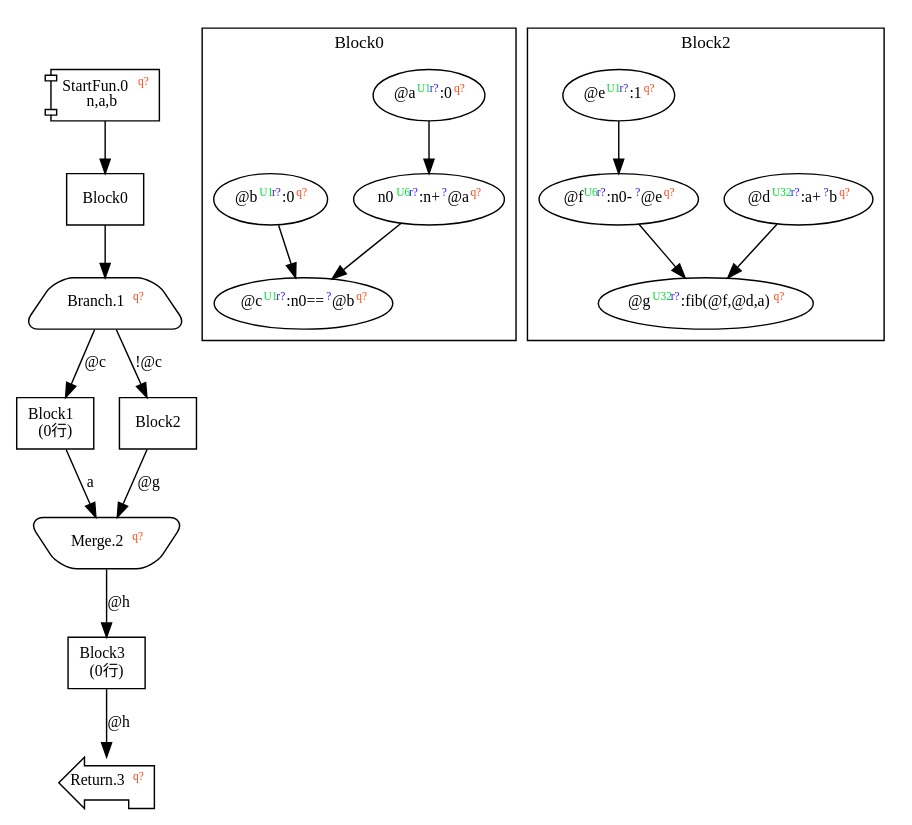
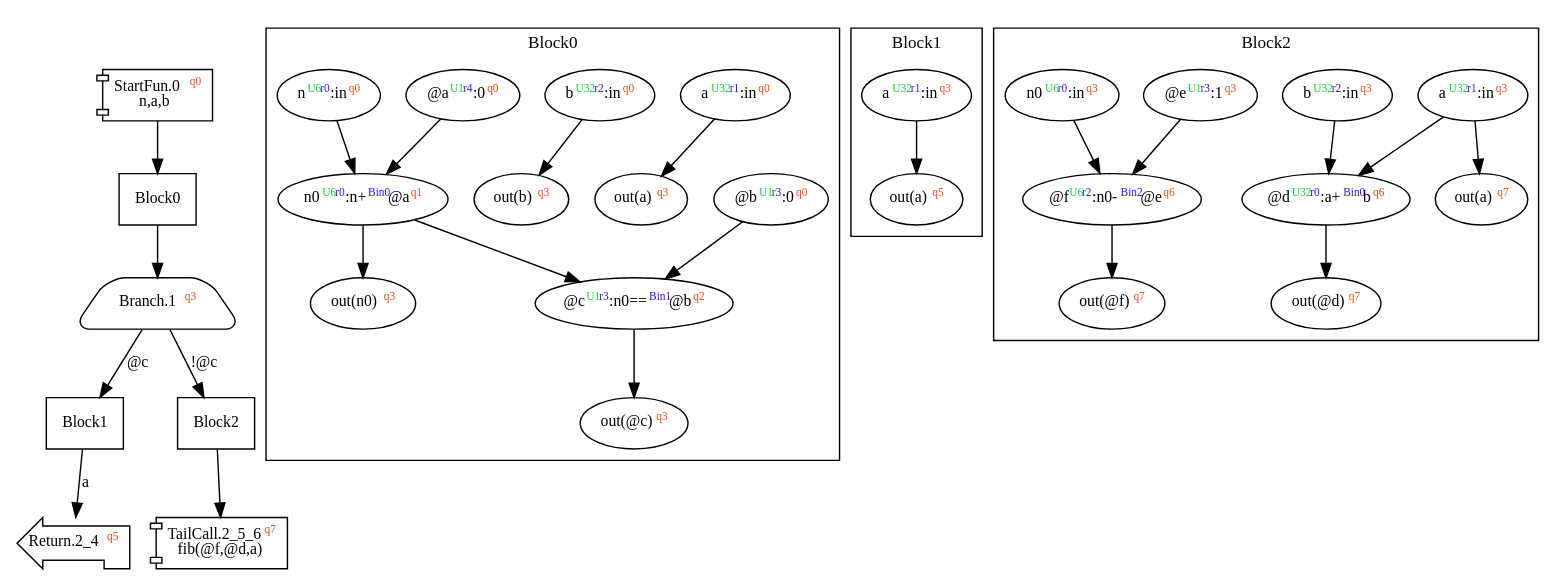
Before and after one commit to akouryy/SyntheScala: the diagram in dist/fib.dot, drawn with Graphviz. The commit also changed 25 other files, not shown here.

```diff
--- a/dist/fib.dot
+++ b/dist/fib.dot
@@ -1,35 +1,46 @@
 digraph Program_ {
 graph [fontname = "Monaco", fontsize = 12, ranksep = 0.5];
 node [shape = box, fontname = "Monaco", fontsize = 11; colorscheme = pastel19];
 edge [fontname = "Monaco", fontsize = 11; colorscheme = pastel19];
-Jump0[label = <StartFun.0<font color="#ff4411" point-size="8"><sup>q?</sup></font><br/>n,a,b>; shape = component];
+Jump0[label = <StartFun.0<font color="#ff4411" point-size="8"><sup>q0</sup></font><br/>n,a,b>; shape = component];
 Jump0 -> Block0;
 Jump1[
-  label = <Branch.1<font color="#ff4411" point-size="8"><sup>q?</sup></font>>;
+  label = <Branch.1<font color="#ff4411" point-size="8"><sup>q3</sup></font>>;
   shape = trapezium; style = rounded;
 ];
 Block0 -> Jump1;
 Jump1 -> Block1 [label="@c"];
 Jump1 -> Block2 [label="!@c"];
-Jump2[label = <Merge.2<font color="#ff4411" point-size="8"><sup>q?</sup></font>>; shape = invtrapezium; style = rounded];
-Block1 -> Jump2 [label="a"];Block2 -> Jump2 [label="@g"];
-Jump2 -> Block3 [label="@h"];
-Jump3[label = <Return.3<font color="#ff4411" point-size="8"><sup>q?</sup></font>>; shape = lpromoter];
-Block3 -> Jump3 [label="@h"];
+Jump2_4[label = <Return.2_4<font color="#ff4411" point-size="8"><sup>q5</sup></font>>; shape = lpromoter];
+Block1 -> Jump2_4 [label="a"];
+Jump2_5_6[label = <TailCall.2_5_6<font color="#ff4411" point-size="8"><sup>q7</sup></font><br/>fib(@f,@d,a)>; shape = component];
+Block2 -> Jump2_5_6;
 Block0 [label = "Block0"];
-Block1 [label = "Block1\l(0行)"]
+Block1 [label = "Block1"];
 Block2 [label = "Block2"];
-Block3 [label = "Block3\l(0行)"]
 subgraph cluster_dfg_Block0{
 node [shape = oval];
 label = "Block0";
-ndBlock0_0 [label=<@a<font color="#00dd33" point-size="8"><sup>U1</sup></font><font color="#3311ff" point-size="8"><sup>r?</sup></font>:0<font color="#ff4411" point-size="8"><sup>q?</sup></font>>];ndBlock0_1 [label=<n0<font color="#00dd33" point-size="8"><sup>U6</sup></font><font color="#3311ff" point-size="8"><sup>r?</sup></font>:n+<font color="#3311ff" point-size="8"><sup>?</sup></font>@a<font color="#ff4411" point-size="8"><sup>q?</sup></font>>];ndBlock0_2 [label=<@b<font color="#00dd33" point-size="8"><sup>U1</sup></font><font color="#3311ff" point-size="8"><sup>r?</sup></font>:0<font color="#ff4411" point-size="8"><sup>q?</sup></font>>];ndBlock0_3 [label=<@c<font color="#00dd33" point-size="8"><sup>U1</sup></font><font color="#3311ff" point-size="8"><sup>r?</sup></font>:n0==<font color="#3311ff" point-size="8"><sup>?</sup></font>@b<font color="#ff4411" point-size="8"><sup>q?</sup></font>>];ndBlock0_0 -> ndBlock0_1;
-ndBlock0_1 -> ndBlock0_3;
-ndBlock0_2 -> ndBlock0_3;
+ndBlock0_0 [label=<@c<font color="#00dd33" point-size="8"><sup>U1</sup></font><font color="#3311ff" point-size="8"><sup>r3</sup></font>:n0==<font color="#3311ff" point-size="8"><sup>Bin1</sup></font>@b<font color="#ff4411" point-size="8"><sup>q2</sup></font>>];ndBlock0_1 [label=<out(b)<font color="#ff4411" point-size="8"><sup>q3</sup></font>>];ndBlock0_2 [label=<out(n0)<font color="#ff4411" point-size="8"><sup>q3</sup></font>>];ndBlock0_3 [label=<@b<font color="#00dd33" point-size="8"><sup>U1</sup></font><font color="#3311ff" point-size="8"><sup>r3</sup></font>:0<font color="#ff4411" point-size="8"><sup>q0</sup></font>>];ndBlock0_4 [label=<a<font color="#00dd33" point-size="8"><sup>U32</sup></font><font color="#3311ff" point-size="8"><sup>r1</sup></font>:in<font color="#ff4411" point-size="8"><sup>q0</sup></font>>];ndBlock0_5 [label=<b<font color="#00dd33" point-size="8"><sup>U32</sup></font><font color="#3311ff" point-size="8"><sup>r2</sup></font>:in<font color="#ff4411" point-size="8"><sup>q0</sup></font>>];ndBlock0_6 [label=<out(a)<font color="#ff4411" point-size="8"><sup>q3</sup></font>>];ndBlock0_7 [label=<@a<font color="#00dd33" point-size="8"><sup>U1</sup></font><font color="#3311ff" point-size="8"><sup>r4</sup></font>:0<font color="#ff4411" point-size="8"><sup>q0</sup></font>>];ndBlock0_8 [label=<n<font color="#00dd33" point-size="8"><sup>U6</sup></font><font color="#3311ff" point-size="8"><sup>r0</sup></font>:in<font color="#ff4411" point-size="8"><sup>q0</sup></font>>];ndBlock0_9 [label=<n0<font color="#00dd33" point-size="8"><sup>U6</sup></font><font color="#3311ff" point-size="8"><sup>r0</sup></font>:n+<font color="#3311ff" point-size="8"><sup>Bin0</sup></font>@a<font color="#ff4411" point-size="8"><sup>q1</sup></font>>];ndBlock0_10 [label=<out(@c)<font color="#ff4411" point-size="8"><sup>q3</sup></font>>];ndBlock0_4 -> ndBlock0_6;
+ndBlock0_3 -> ndBlock0_0;
+ndBlock0_9 -> ndBlock0_0;
+ndBlock0_0 -> ndBlock0_10;
+ndBlock0_7 -> ndBlock0_9;
+ndBlock0_8 -> ndBlock0_9;
+ndBlock0_5 -> ndBlock0_1;
+ndBlock0_9 -> ndBlock0_2;
+}subgraph cluster_dfg_Block1{
+node [shape = oval];
+label = "Block1";
+ndBlock1_0 [label=<a<font color="#00dd33" point-size="8"><sup>U32</sup></font><font color="#3311ff" point-size="8"><sup>r1</sup></font>:in<font color="#ff4411" point-size="8"><sup>q3</sup></font>>];ndBlock1_1 [label=<out(a)<font color="#ff4411" point-size="8"><sup>q5</sup></font>>];ndBlock1_0 -> ndBlock1_1;
 }subgraph cluster_dfg_Block2{
 node [shape = oval];
 label = "Block2";
-ndBlock2_0 [label=<@d<font color="#00dd33" point-size="8"><sup>U32</sup></font><font color="#3311ff" point-size="8"><sup>r?</sup></font>:a+<font color="#3311ff" point-size="8"><sup>?</sup></font>b<font color="#ff4411" point-size="8"><sup>q?</sup></font>>];ndBlock2_1 [label=<@e<font color="#00dd33" point-size="8"><sup>U1</sup></font><font color="#3311ff" point-size="8"><sup>r?</sup></font>:1<font color="#ff4411" point-size="8"><sup>q?</sup></font>>];ndBlock2_2 [label=<@f<font color="#00dd33" point-size="8"><sup>U6</sup></font><font color="#3311ff" point-size="8"><sup>r?</sup></font>:n0-<font color="#3311ff" point-size="8"><sup>?</sup></font>@e<font color="#ff4411" point-size="8"><sup>q?</sup></font>>];ndBlock2_3 [label=<@g<font color="#00dd33" point-size="8"><sup>U32</sup></font><font color="#3311ff" point-size="8"><sup>r?</sup></font>:fib(@f,@d,a)<font color="#ff4411" point-size="8"><sup>q?</sup></font>>];ndBlock2_1 -> ndBlock2_2;
+ndBlock2_0 [label=<@e<font color="#00dd33" point-size="8"><sup>U1</sup></font><font color="#3311ff" point-size="8"><sup>r3</sup></font>:1<font color="#ff4411" point-size="8"><sup>q3</sup></font>>];ndBlock2_1 [label=<@d<font color="#00dd33" point-size="8"><sup>U32</sup></font><font color="#3311ff" point-size="8"><sup>r0</sup></font>:a+<font color="#3311ff" point-size="8"><sup>Bin0</sup></font>b<font color="#ff4411" point-size="8"><sup>q6</sup></font>>];ndBlock2_2 [label=<out(@d)<font color="#ff4411" point-size="8"><sup>q7</sup></font>>];ndBlock2_3 [label=<@f<font color="#00dd33" point-size="8"><sup>U6</sup></font><font color="#3311ff" point-size="8"><sup>r2</sup></font>:n0-<font color="#3311ff" point-size="8"><sup>Bin2</sup></font>@e<font color="#ff4411" point-size="8"><sup>q6</sup></font>>];ndBlock2_4 [label=<a<font color="#00dd33" point-size="8"><sup>U32</sup></font><font color="#3311ff" point-size="8"><sup>r1</sup></font>:in<font color="#ff4411" point-size="8"><sup>q3</sup></font>>];ndBlock2_5 [label=<out(a)<font color="#ff4411" point-size="8"><sup>q7</sup></font>>];ndBlock2_6 [label=<out(@f)<font color="#ff4411" point-size="8"><sup>q7</sup></font>>];ndBlock2_7 [label=<b<font color="#00dd33" point-size="8"><sup>U32</sup></font><font color="#3311ff" point-size="8"><sup>r2</sup></font>:in<font color="#ff4411" point-size="8"><sup>q3</sup></font>>];ndBlock2_8 [label=<n0<font color="#00dd33" point-size="8"><sup>U6</sup></font><font color="#3311ff" point-size="8"><sup>r0</sup></font>:in<font color="#ff4411" point-size="8"><sup>q3</sup></font>>];ndBlock2_4 -> ndBlock2_5;
+ndBlock2_1 -> ndBlock2_2;
+ndBlock2_3 -> ndBlock2_6;
 ndBlock2_0 -> ndBlock2_3;
-ndBlock2_2 -> ndBlock2_3;
+ndBlock2_8 -> ndBlock2_3;
+ndBlock2_4 -> ndBlock2_1;
+ndBlock2_7 -> ndBlock2_1;
 }}
```
